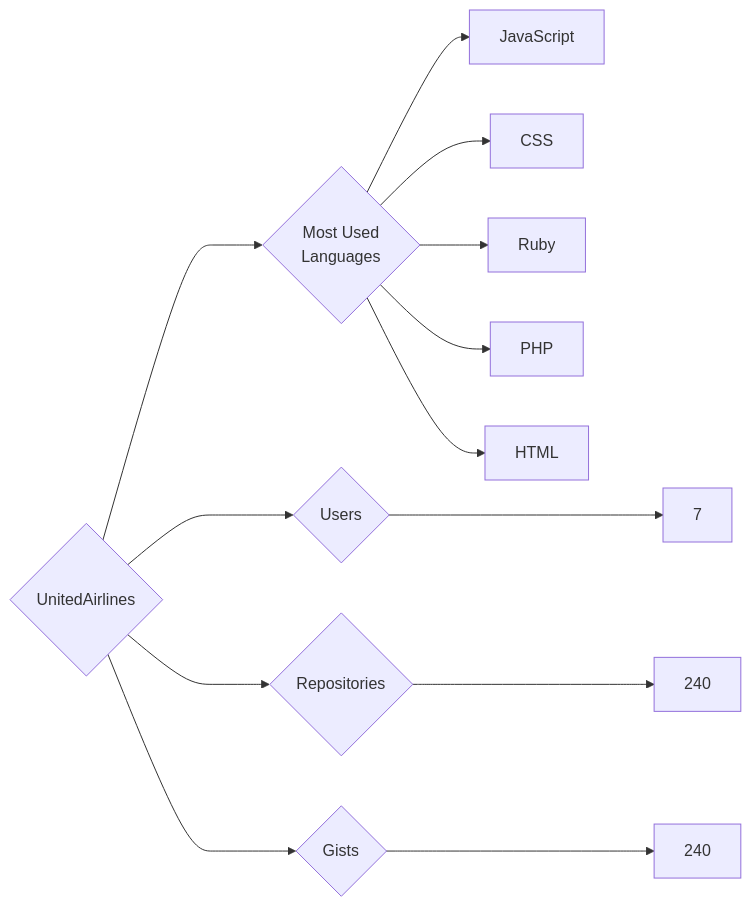
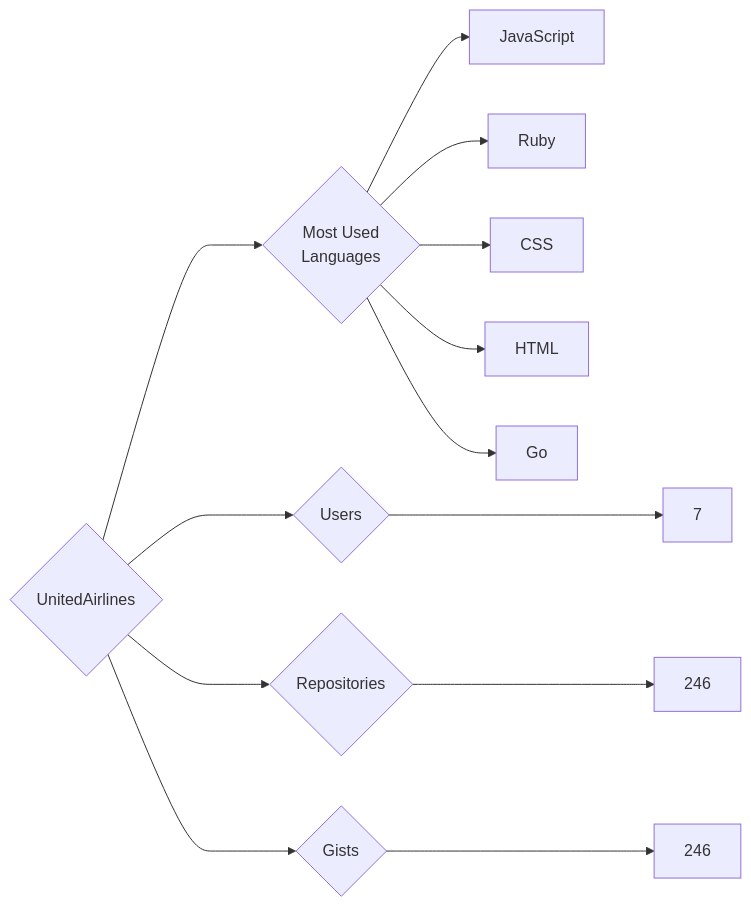
One commit to trickest/insiders changed the diagram in targets/UnitedAirlines/README.md. Above: the diagram before and after it, drawn with Mermaid. The commit also changed 1484 other files, not shown here.

````diff
--- a/targets/UnitedAirlines/README.md
+++ b/targets/UnitedAirlines/README.md
@@ -3,13 +3,13 @@
 ```mermaid
 graph LR
 COMPANY_NAME{UnitedAirlines}
 COMPANY_NAME ---> U{Users} ---> UN[7]
-COMPANY_NAME ---> R{Repositories} ---> RN[240]
-COMPANY_NAME ---> G{Gists} ---> GN[240]
+COMPANY_NAME ---> R{Repositories} ---> RN[246]
+COMPANY_NAME ---> G{Gists} ---> GN[246]
 COMPANY_NAME ---> ML{Most Used<br>Languages}
 ML --> JavaScript[JavaScript]
+ML --> Ruby[Ruby]
 ML --> CSS[CSS]
-ML --> Ruby[Ruby]
-ML --> PHP[PHP]
 ML --> HTML[HTML]
+ML --> Go[Go]
 ```
````
